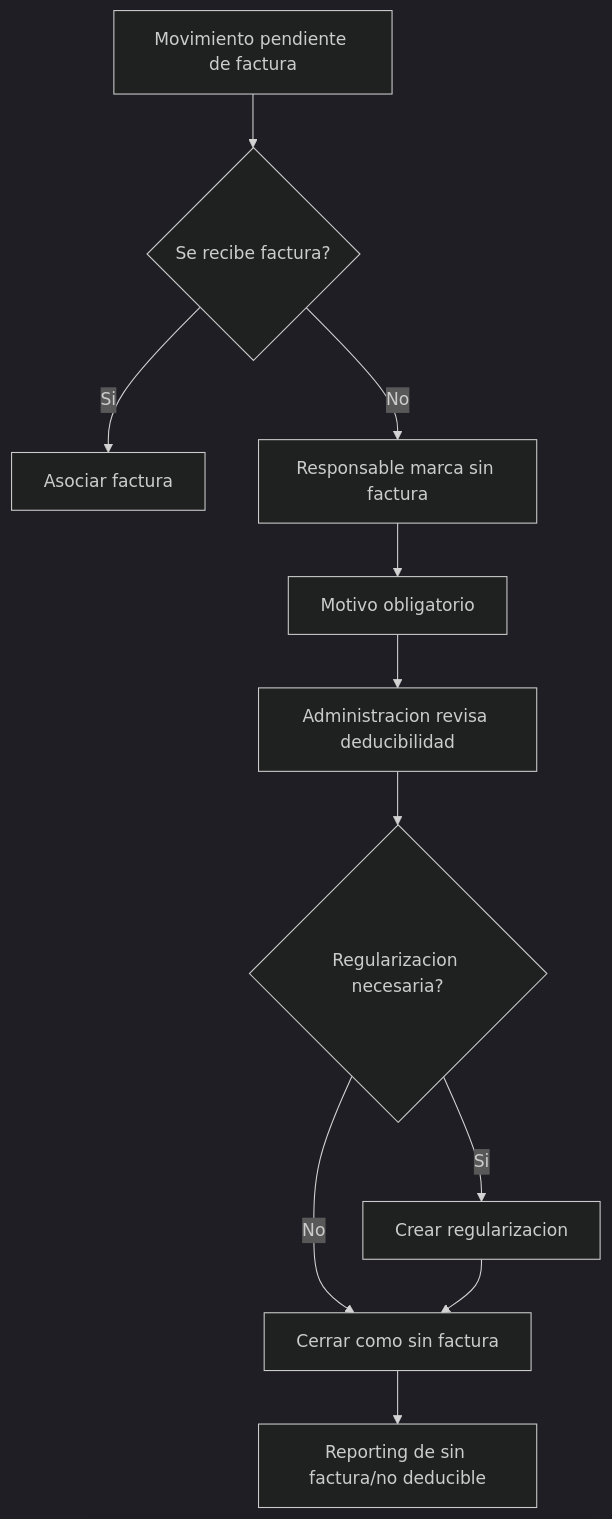
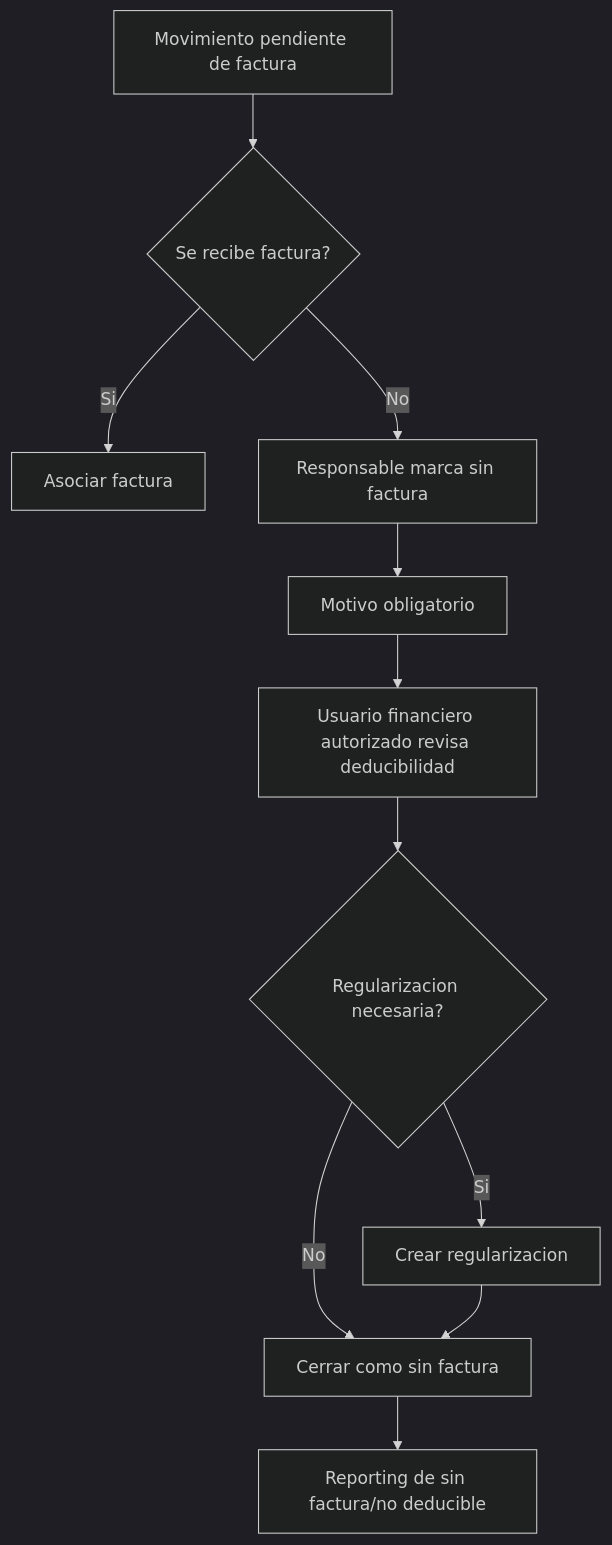
Before and after one commit to easydev9/ProvCore: the tenth of 14 diagrams in docs/diagramas_flujo.md, drawn with Mermaid (dark theme). The commit also changed other lines of this file and 20 other files, not shown here.

````diff
--- a/docs/diagramas_flujo.md
+++ b/docs/diagramas_flujo.md
@@ -188,13 +188,13 @@
 ```mermaid
 flowchart TD
     A[Movimiento pendiente de factura] --> B{Se recibe factura?}
     B -- Si --> C[Asociar factura]
     B -- No --> D[Responsable marca sin factura]
     D --> E[Motivo obligatorio]
-    E --> F[Administracion revisa deducibilidad]
+    E --> F[Usuario financiero autorizado revisa deducibilidad]
     F --> G{Regularizacion necesaria?}
     G -- Si --> H[Crear regularizacion]
     G -- No --> I[Cerrar como sin factura]
     H --> I
     I --> J[Reporting de sin factura/no deducible]
 ```
````
